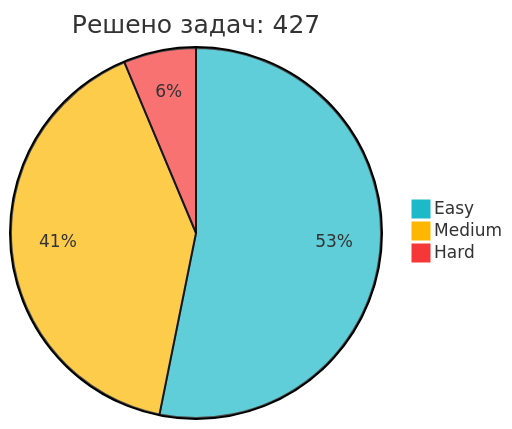
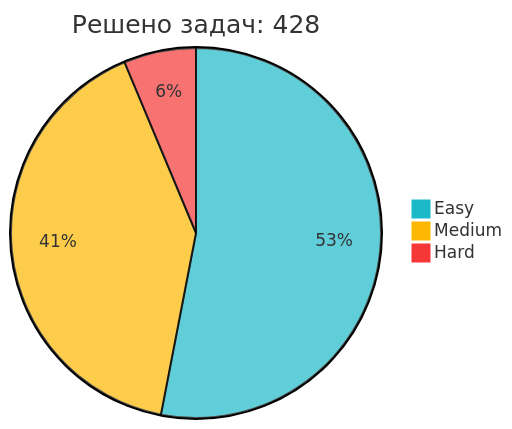
Before and after one commit to IliaKurdukov/IliaKurdukov: the diagram in README.md, drawn with Mermaid. The commit also changed other lines of this file, not shown here.

Commit message:
📈 Обновление статистики LeetCode

````diff
--- a/README.md
+++ b/README.md
@@ -51,7 +51,7 @@
 ```mermaid
 %%{init: {'theme': 'base', 'themeVariables': { 'pie1': '#1CBAC8', 'pie2': '#FEB700', 'pie3': '#F63737' }, 'config': {'width': 300, 'height': 200}}}%%
-pie title Решено задач: 427
+pie title Решено задач: 428
    "Easy" : 227
-   "Medium" : 173
+   "Medium" : 174
    "Hard" : 27
 ```
````
